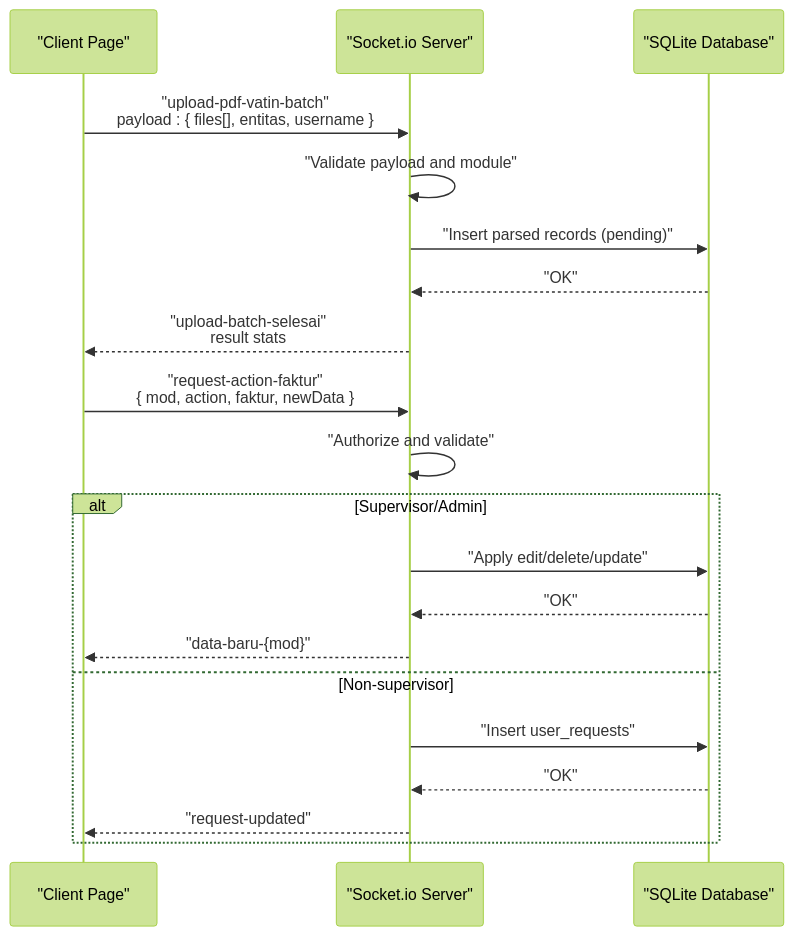
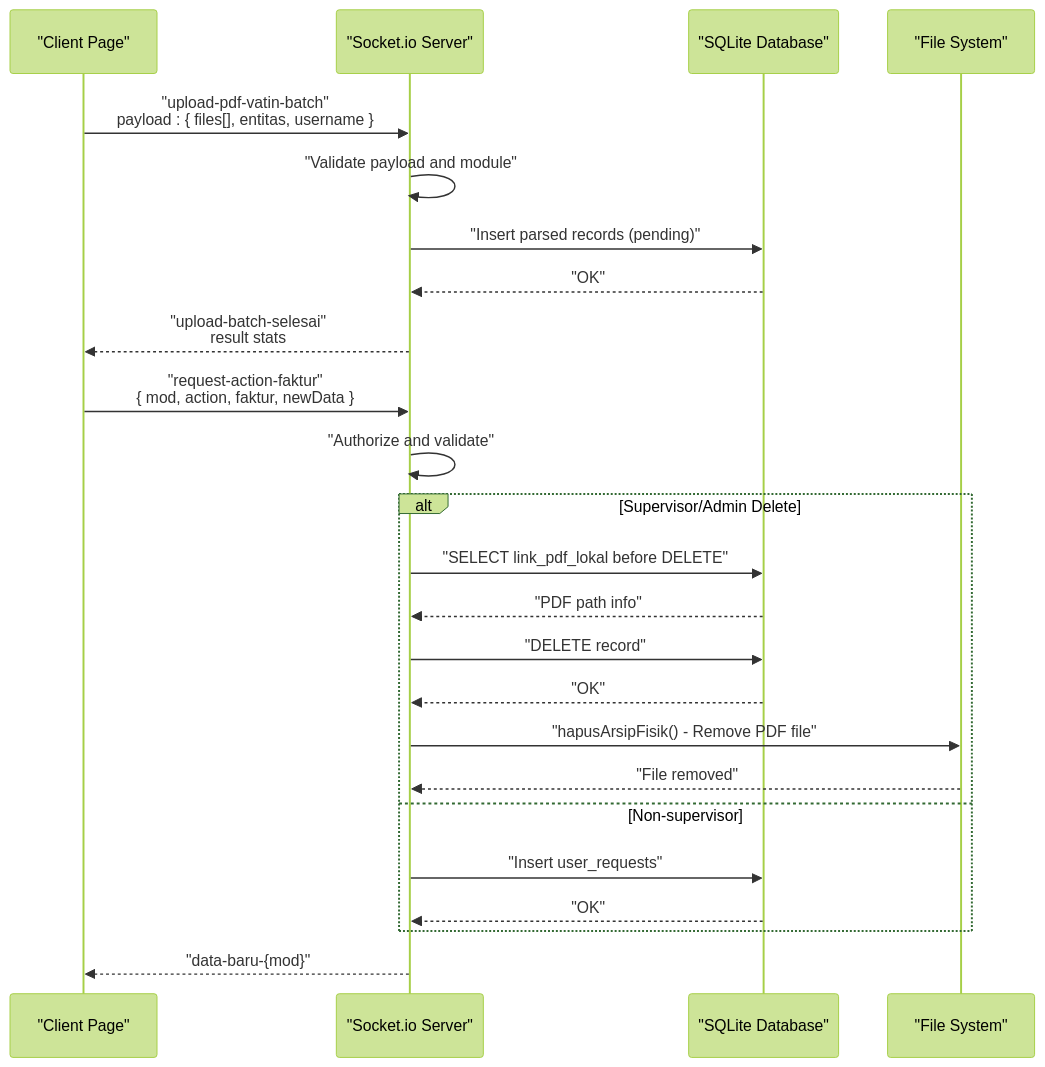
Before and after one commit to rendisiagian/TDS_by_RENDISIAGIAN: the second of 7 diagrams in .qoder/repowiki/en/content/Advanced Features/Real-time Processing & Socket.io Integration.md, drawn with Mermaid (forest theme). The commit also changed other lines of this file and 91 other files, not shown here.

````diff
--- a/.qoder/repowiki/en/content/Advanced Features/Real-time Processing & Socket.io Integration.md
+++ b/.qoder/repowiki/en/content/Advanced Features/Real-time Processing & Socket.io Integration.md
@@ -91,22 +94,26 @@
 ```mermaid
 sequenceDiagram
 participant Client as "Client Page"
 participant Socket as "Socket.io Server"
 participant DB as "SQLite Database"
+participant FS as "File System"
 Client->>Socket : "upload-pdf-vatin-batch"<br/>payload : { files[], entitas, username }
 Socket->>Socket : "Validate payload and module"
 Socket->>DB : "Insert parsed records (pending)"
 DB-->>Socket : "OK"
 Socket-->>Client : "upload-batch-selesai"<br/>result stats
 Client->>Socket : "request-action-faktur"<br/>{ mod, action, faktur, newData }
 Socket->>Socket : "Authorize and validate"
-alt Supervisor/Admin
-Socket->>DB : "Apply edit/delete/update"
+alt Supervisor/Admin Delete
+Socket->>DB : "SELECT link_pdf_lokal before DELETE"
+DB-->>Socket : "PDF path info"
+Socket->>DB : "DELETE record"
 DB-->>Socket : "OK"
-Socket-->>Client : "data-baru-{mod}"
+Socket->>FS : "hapusArsipFisik() - Remove PDF file"
+FS-->>Socket : "File removed"
 else Non-supervisor
 Socket->>DB : "Insert user_requests"
 DB-->>Socket : "OK"
-Socket-->>Client : "request-updated"
 end
+Socket-->>Client : "data-baru-{mod}"
 ```
````
